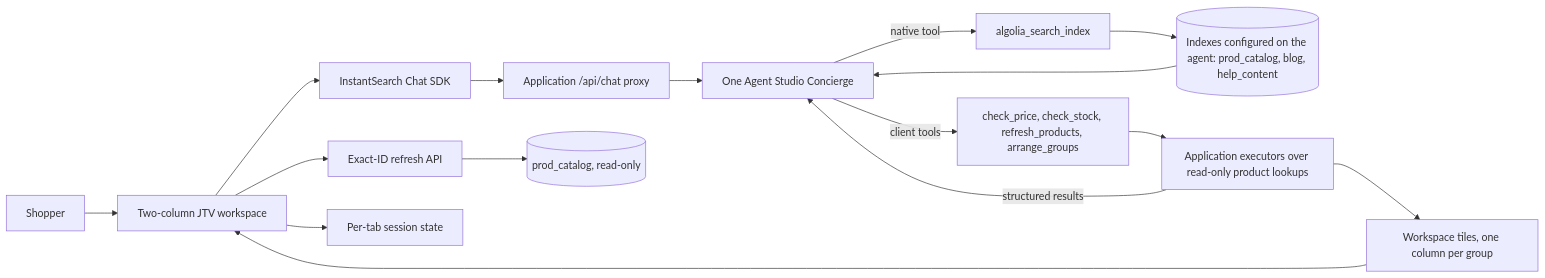
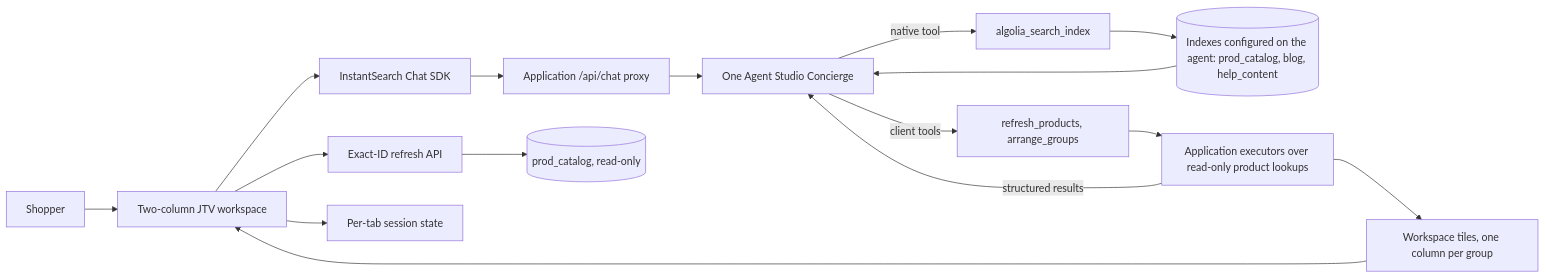
One commit to algolia/jewellerytv changed the diagram in storefront/docs/architecture.mmd. Above: the diagram before and after it, drawn with Mermaid. The commit also changed 12 other files, not shown here.

First line of the commit message:
refactor: remove check tools; arrange_groups gains inclusive bounds and item facts

```diff
--- a/storefront/docs/architecture.mmd
+++ b/storefront/docs/architecture.mmd
@@ -1,16 +1,16 @@
 flowchart LR
   Shopper[Shopper] --> UI[Two-column JTV workspace]
   UI --> SDK[InstantSearch Chat SDK]
   SDK --> ChatAPI[Application /api/chat proxy]
   ChatAPI --> Agent[One Agent Studio Concierge]
   Agent -->|native tool| Search[algolia_search_index]
   Search --> Indexes[(Indexes configured on the agent: prod_catalog, blog, help_content)]
   Indexes --> Agent
-  Agent -->|client tools| Tools[check_price, check_stock, refresh_products, arrange_groups]
+  Agent -->|client tools| Tools[refresh_products, arrange_groups]
   Tools --> Executors[Application executors over read-only product lookups]
   Executors -->|structured results| Agent
   Executors --> Tiles[Workspace tiles, one column per group]
   Tiles --> UI
   UI --> Refresh[Exact-ID refresh API]
   Refresh --> Product[(prod_catalog, read-only)]
   UI --> State[Per-tab session state]
```
